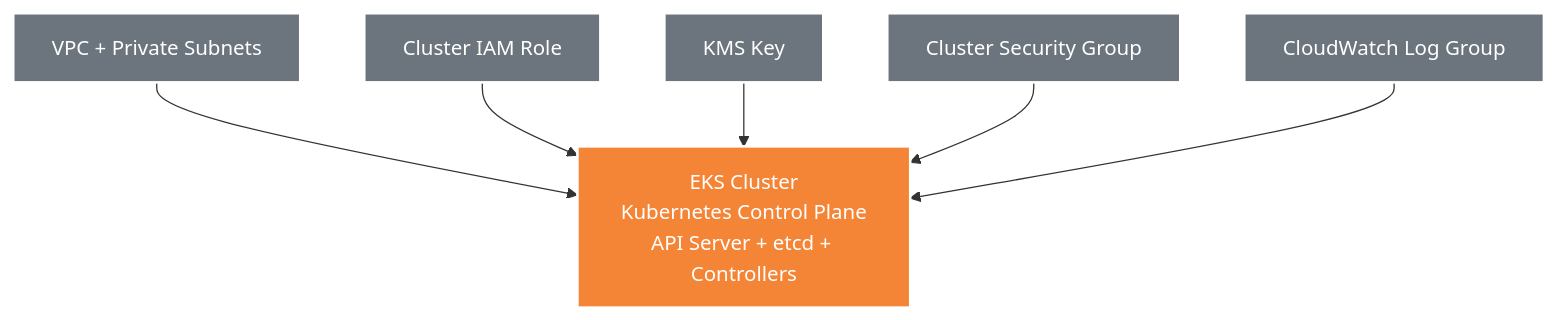
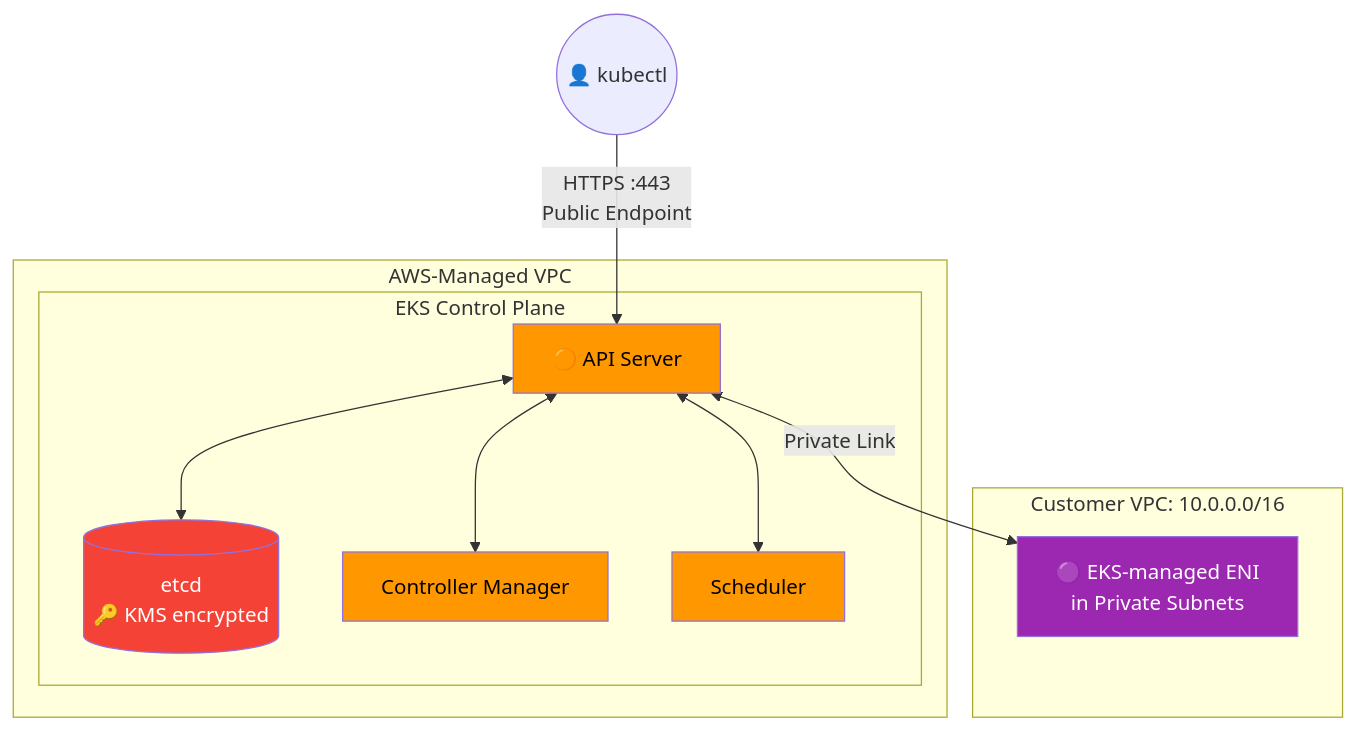
Before and after one commit to selvakumarperumal/EKS_k8s_custom_template_with_Terraform: the sixth of 13 diagrams in docs/architecture-build-steps.md, drawn with Mermaid. The commit also changed other lines of this file, not shown here.

Commit message:
docs: rewrite build steps as proper architecture layout diagrams with subgraphs and styled nodes

````diff
--- a/docs/architecture-build-steps.md
+++ b/docs/architecture-build-steps.md
@@ -258,16 +241,30 @@
 ```mermaid
-graph TD
-    classDef eksStyle fill:#F58536,stroke:#fff,stroke-width:2px,color:#fff
-    classDef inputStyle fill:#6C757D,stroke:#fff,stroke-width:2px,color:#fff
+graph TB
+    Admin(("👤 kubectl"))
 
-    VPC_ID["VPC + Private Subnets"] --> EKS
-    IAM_ROLE["Cluster IAM Role"] --> EKS
-    KMS_KEY["KMS Key"] --> EKS
-    SG["Cluster Security Group"] --> EKS
-    CW_LOG["CloudWatch Log Group"] --> EKS
+    subgraph AWS_VPC["AWS-Managed VPC"]
+        subgraph Control_Plane["EKS Control Plane"]
+            API["🟠 API Server"]
+            ETCD[("etcd\n🔑 KMS encrypted")]
+            CM["Controller Manager"]
+            SCHED["Scheduler"]
 
-    EKS["EKS Cluster\nKubernetes Control Plane\nAPI Server + etcd + Controllers"]
+            API <--> ETCD
+            API <--> CM
+            API <--> SCHED
+        end
+    end
 
-    class EKS eksStyle
-    class VPC_ID,IAM_ROLE,KMS_KEY,SG,CW_LOG inputStyle
+    subgraph Customer_VPC["Customer VPC: 10.0.0.0/16"]
+        ENI["🟣 EKS-managed ENI\nin Private Subnets"]
+    end
+
+    Admin -->|"HTTPS :443\nPublic Endpoint"| API
+    API <-->|"Private Link"| ENI
+
+    style API fill:#FF9800,color:#000
+    style ETCD fill:#F44336,color:#fff
+    style CM fill:#FF9800,color:#000
+    style SCHED fill:#FF9800,color:#000
+    style ENI fill:#9C27B0,color:#fff
 ```
````
